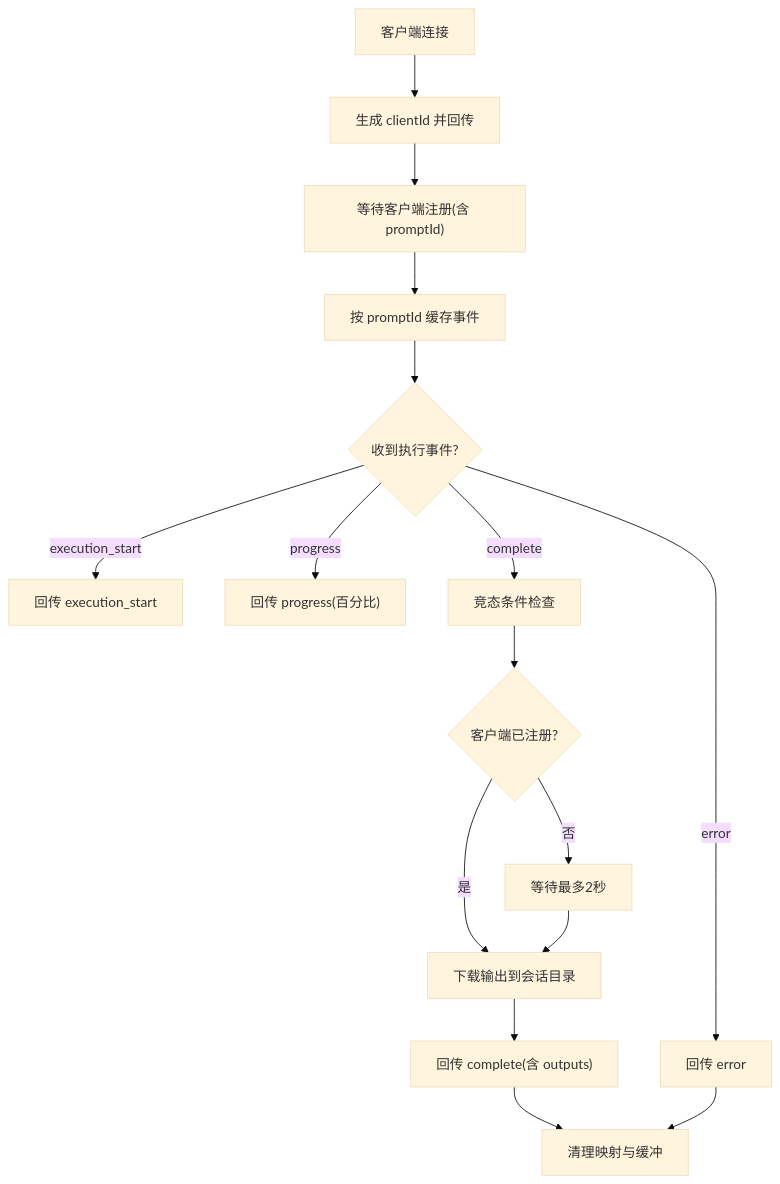
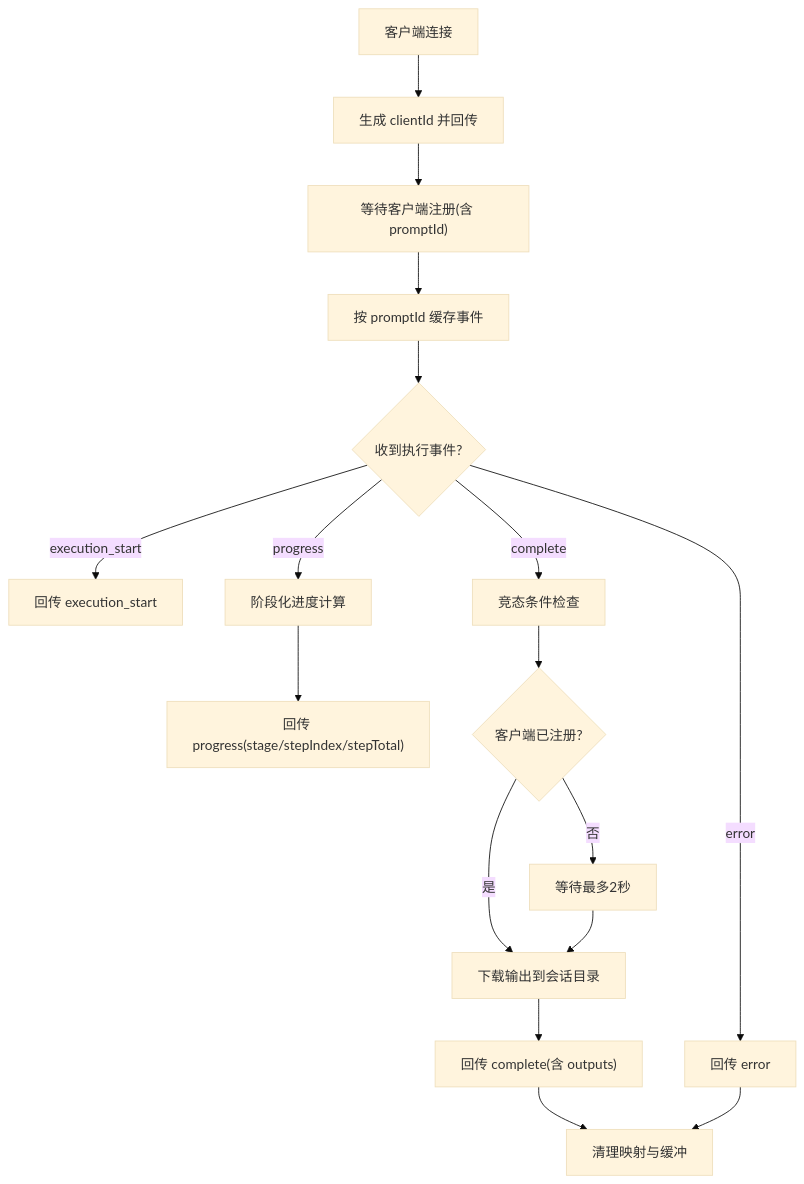
The fourth of 11 diagrams in .qoder/repowiki/zh/content/前端应用/WebSocket 通信.md (billye220670/CorineKit_Pix2Real), drawn with Mermaid (base theme) before and after one commit. The commit also changed other lines of this file and 13 other files, not shown here.

````diff
--- a/.qoder/repowiki/zh/content/前端应用/WebSocket 通信.md
+++ b/.qoder/repowiki/zh/content/前端应用/WebSocket 通信.md
@@ -202,18 +217,19 @@
 ```mermaid
 flowchart TD
 Conn["客户端连接"] --> Assign["生成 clientId 并回传"]
 Assign --> Register["等待客户端注册(含 promptId)"]
 Register --> Buffer["按 promptId 缓存事件"]
 Buffer --> Events{"收到执行事件?"}
 Events --> |execution_start| SendStart["回传 execution_start"]
-Events --> |progress| SendProgress["回传 progress(百分比)"]
+Events --> |progress| StageCalc["阶段化进度计算"]
+StageCalc --> SendProgress["回传 progress(stage/stepIndex/stepTotal)"]
 Events --> |complete| WaitCheck["竞态条件检查"]
 WaitCheck --> CheckReg{"客户端已注册?"}
 CheckReg --> |是| Download["下载输出到会话目录"]
 CheckReg --> |否| Wait["等待最多2秒"]
 Wait --> Download
 Download --> SendComplete["回传 complete(含 outputs)"]
 Events --> |error| SendError["回传 error"]
 SendComplete --> Cleanup["清理映射与缓冲"]
 SendError --> Cleanup
 ```
````
